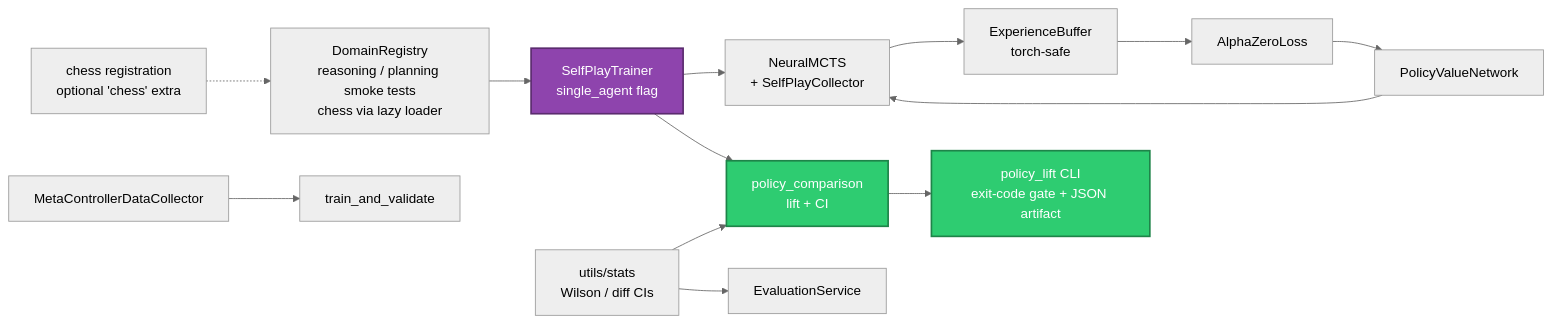
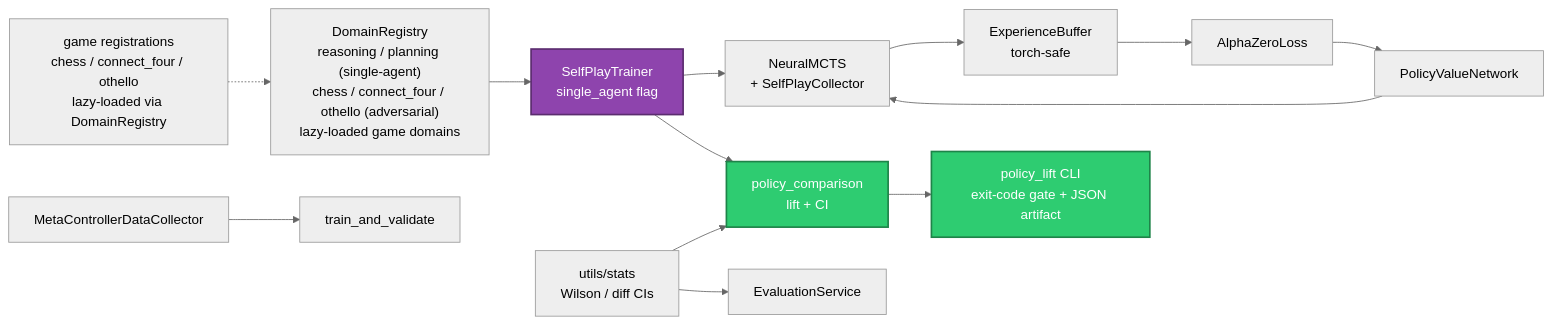
The seventh of 7 diagrams in docs/C4_ARCHITECTURE.md (ianshank/Strategos-MCTS), drawn with Mermaid (neutral theme) before and after one commit. The commit also changed other lines of this file and 8 other files, not shown here.

First line of the commit message:
docs(ci): update project documentation, C4 architecture, and resolve chess UI test pollution

````diff
--- a/docs/C4_ARCHITECTURE.md
+++ b/docs/C4_ARCHITECTURE.md
@@ -388,18 +428,18 @@
 ```mermaid
 graph LR
-    Registry[DomainRegistry<br/>reasoning / planning smoke tests<br/>chess via lazy loader] --> Trainer[SelfPlayTrainer<br/>single_agent flag]
-    ChessReg[chess registration<br/>optional 'chess' extra] -.-> Registry
+    Registry["DomainRegistry<br/>reasoning / planning (single-agent)<br/>chess / connect_four / othello (adversarial)<br/>lazy-loaded game domains"] --> Trainer["SelfPlayTrainer<br/>single_agent flag"]
+    GameRegs["game registrations<br/>chess / connect_four / othello<br/>lazy-loaded via DomainRegistry"] -.-> Registry
     Trainer --> NMCTS[NeuralMCTS<br/>+ SelfPlayCollector]
     NMCTS --> Buffer[ExperienceBuffer<br/>torch-safe]
     Buffer --> Loss[AlphaZeroLoss]
     Loss --> Net[PolicyValueNetwork]
     Net --> NMCTS
     Trainer --> Bench[policy_comparison<br/>lift + CI]
     Stats[utils/stats<br/>Wilson / diff CIs] --> Bench
     Stats --> Eval[EvaluationService]
     Bench --> CLI[policy_lift CLI<br/>exit-code gate + JSON artifact]
     MCtrl[MetaControllerDataCollector] --> MCtrlTrain[train_and_validate]
     style Trainer fill:#8E44AD,stroke:#5B2C6F,stroke-width:2px,color:#fff
     style Bench fill:#2ECC71,stroke:#1E8449,stroke-width:2px,color:#fff
     style CLI fill:#2ECC71,stroke:#1E8449,stroke-width:2px,color:#fff
 ```
````
